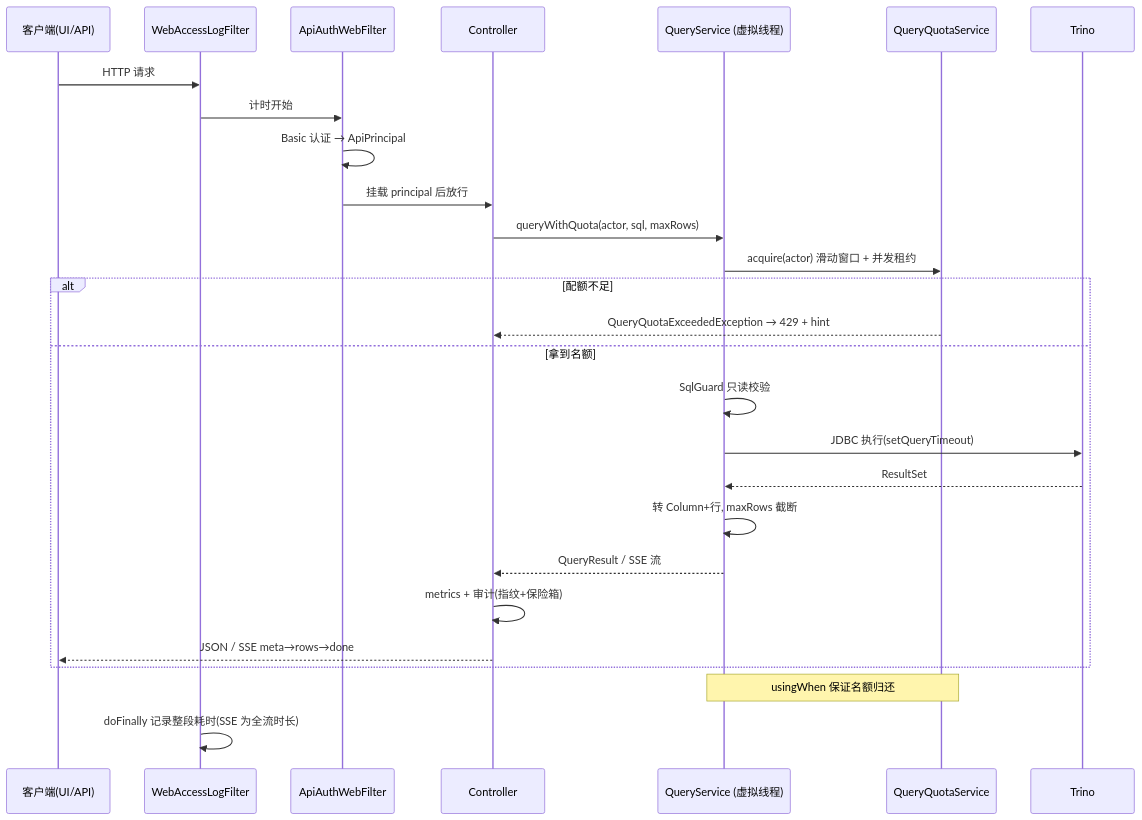
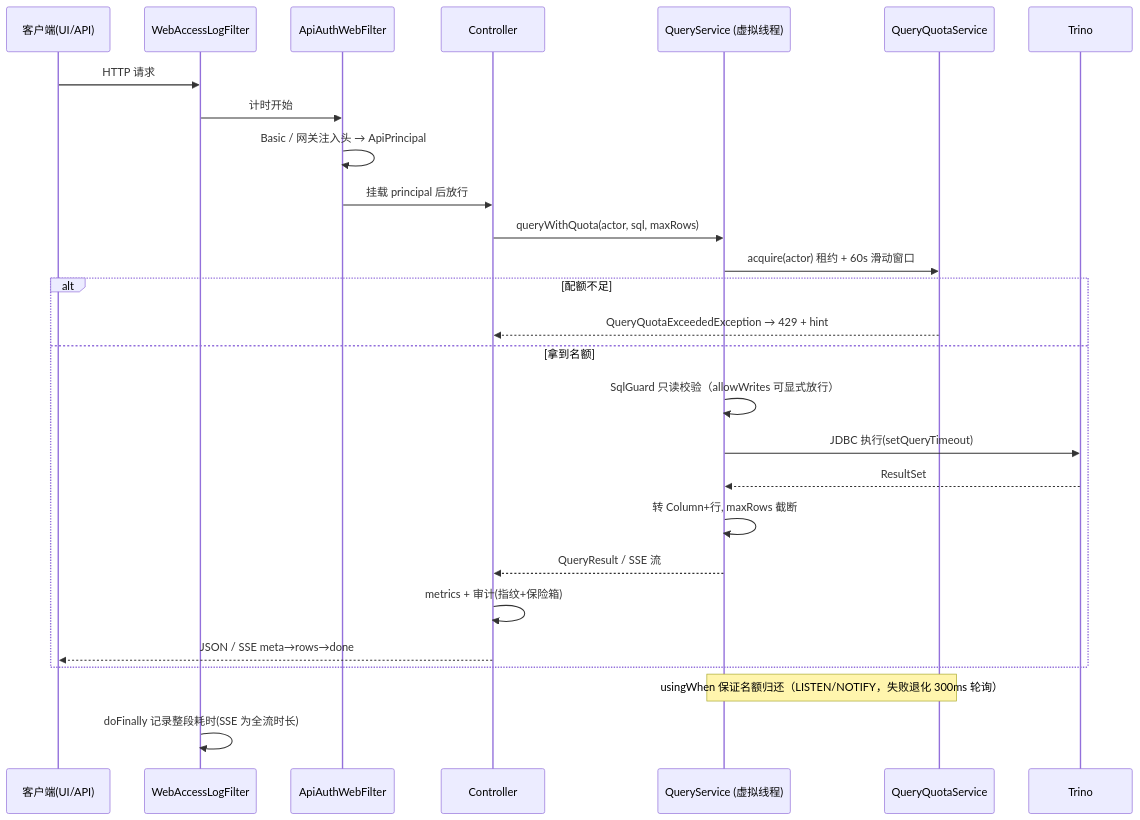
Before and after one commit to leishu/data-demo: the fourth of 13 diagrams in docs/lakehouse-demo/概要设计-lakehouse-demo.md, drawn with Mermaid. The commit also changed other lines of this file, not shown here.

````diff
--- a/docs/lakehouse-demo/概要设计-lakehouse-demo.md
+++ b/docs/lakehouse-demo/概要设计-lakehouse-demo.md
@@ -275,30 +281,30 @@
 ```mermaid
 sequenceDiagram
     participant C as 客户端(UI/API)
     participant W as WebAccessLogFilter
     participant A as ApiAuthWebFilter
     participant Ctl as Controller
     participant S as QueryService (虚拟线程)
     participant Q as QueryQuotaService
     participant T as Trino
 
     C->>W: HTTP 请求
     W->>A: 计时开始
-    A->>A: Basic 认证 → ApiPrincipal
+    A->>A: Basic / 网关注入头 → ApiPrincipal
     A->>Ctl: 挂载 principal 后放行
     Ctl->>S: queryWithQuota(actor, sql, maxRows)
-    S->>Q: acquire(actor) 滑动窗口 + 并发租约
+    S->>Q: acquire(actor) 租约 + 60s 滑动窗口
     alt 配额不足
         Q-->>Ctl: QueryQuotaExceededException → 429 + hint
     else 拿到名额
-        S->>S: SqlGuard 只读校验
+        S->>S: SqlGuard 只读校验（allowWrites 可显式放行）
         S->>T: JDBC 执行(setQueryTimeout)
         T-->>S: ResultSet
         S->>S: 转 Column+行, maxRows 截断
         S-->>Ctl: QueryResult / SSE 流
         Ctl->>Ctl: metrics + 审计(指纹+保险箱)
         Ctl-->>C: JSON / SSE meta→rows→done
     end
-    Note over S,Q: usingWhen 保证名额归还
+    Note over S,Q: usingWhen 保证名额归还（LISTEN/NOTIFY，失败退化 300ms 轮询）
     W->>W: doFinally 记录整段耗时(SSE 为全流时长)
 ```
````
